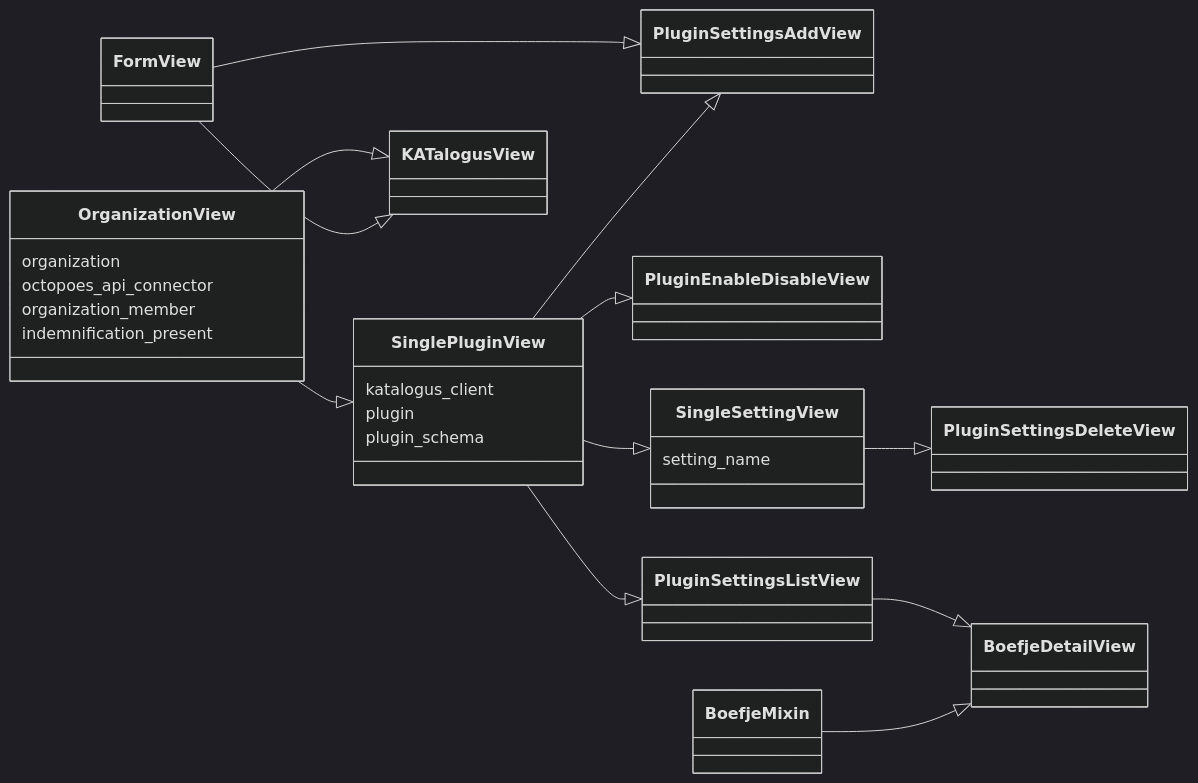
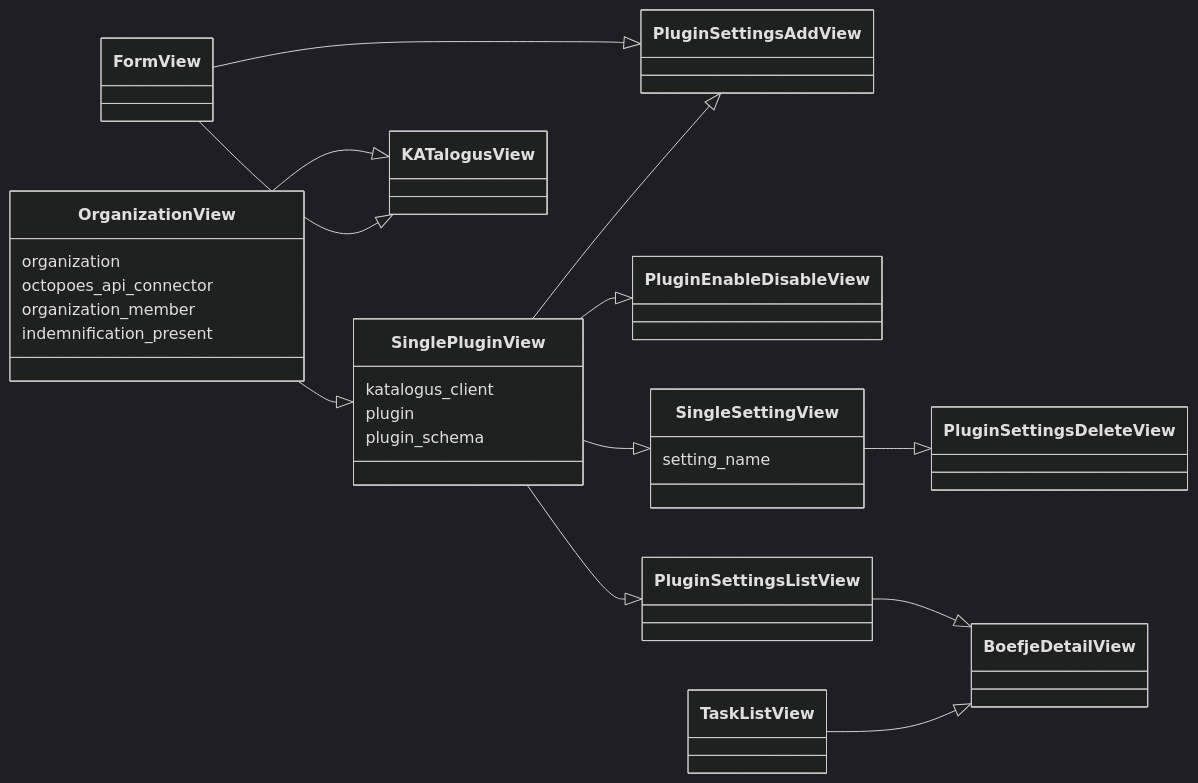
One commit to minvws/nl-kat-coordination changed the fourth of 4 diagrams in docs/source/developer_documentation/rocky.md. Above: the diagram before and after it, drawn with Mermaid (dark theme). The commit also changed other lines of this file and 53 other files, not shown here.

Commit message:
Refactor Task List and filters with error handlers for Scheduler  (#1957)

````diff
--- a/docs/source/developer_documentation/rocky.md
+++ b/docs/source/developer_documentation/rocky.md
@@ -278,38 +280,39 @@
 ```{mermaid}
 classDiagram
 direction RL
     class FormView
     class OrganizationView
     class SinglePluginView
     class KATalogusView
     class PluginSettingsAddView
     class PluginEnableDisableView
     class SingleSettingView
     class PluginSettingsListView
 
     OrganizationView : organization
     OrganizationView : octopoes_api_connector
     OrganizationView : organization_member
     OrganizationView : indemnification_present
 
     SinglePluginView : katalogus_client
     SinglePluginView : plugin
     SinglePluginView : plugin_schema
 
     SingleSettingView : setting_name
 
     class PluginSettingsDeleteView
     class BoefjeDetailView
+    class TaskListView
 
     KATalogusView  <|--  OrganizationView
     KATalogusView  <|--  FormView
     SinglePluginView  <|--  OrganizationView
     SingleSettingView  <|--  SinglePluginView
     BoefjeDetailView  <|--  PluginSettingsListView
-    BoefjeDetailView  <|--  BoefjeMixin
+    BoefjeDetailView  <|--  TaskListView
     PluginEnableDisableView  <|--  SinglePluginView
     PluginSettingsAddView  <|--  FormView
     PluginSettingsAddView  <|--  SinglePluginView
     PluginSettingsDeleteView  <|--  SingleSettingView
     PluginSettingsListView  <|--  SinglePluginView
 ```
````
